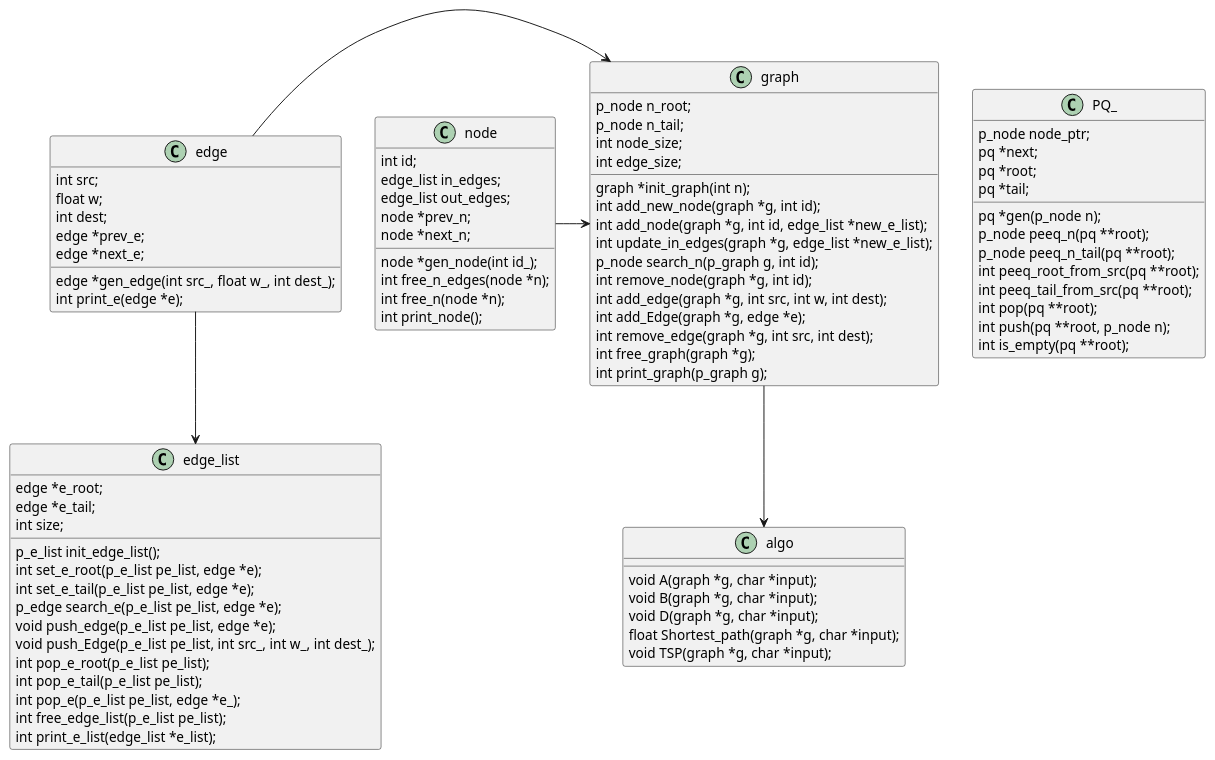
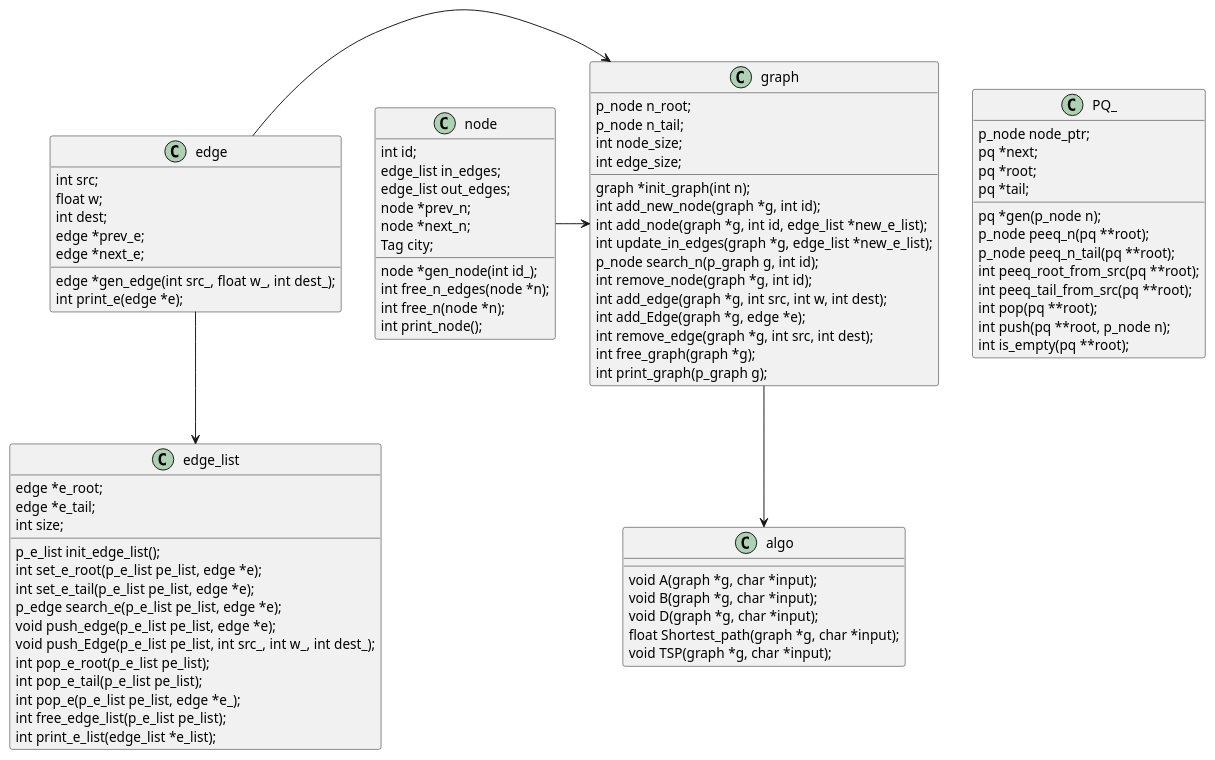
One commit to RF555/SofSys_Ex4 changed the diagram in Ex4_UML.puml. Above: the diagram before and after it, drawn with PlantUML. The commit also changed 5 other files, not shown here.

```diff
--- a/Ex4_UML.puml
+++ b/Ex4_UML.puml
@@ -1,106 +1,107 @@
 @startuml
 
 'graph -> edge_list
 'graph -> node_list
 'node_list --> node
 'edge_list --> edge
 'algo --> graph
 
 graph --> algo
 edge -> graph
 edge --> edge_list
 node -> graph
 
 
 class graph{
 p_node n_root;
 p_node n_tail;
 int node_size;
 int edge_size;
 graph *init_graph(int n);
 int add_new_node(graph *g, int id);
 int add_node(graph *g, int id, edge_list *new_e_list);
 int update_in_edges(graph *g, edge_list *new_e_list);
 p_node search_n(p_graph g, int id);
 int remove_node(graph *g, int id);
 int add_edge(graph *g, int src, int w, int dest);
 int add_Edge(graph *g, edge *e);
 int remove_edge(graph *g, int src, int dest);
 int free_graph(graph *g);
 int print_graph(p_graph g);
 }
 
 class edge{
 int src;
 float w;
 int dest;
 edge *prev_e;
 edge *next_e;
 edge *gen_edge(int src_, float w_, int dest_);
 int print_e(edge *e);
 }
 
 class node{
 int id;
 edge_list in_edges;
 edge_list out_edges;
 node *prev_n;
 node *next_n;
+Tag city;
 node *gen_node(int id_);
 int free_n_edges(node *n);
 int free_n(node *n);
 int print_node();
 }
 
 class algo{
 void A(graph *g, char *input);
 void B(graph *g, char *input);
 void D(graph *g, char *input);
 float Shortest_path(graph *g, char *input);
 void TSP(graph *g, char *input);
 }
 
 class edge_list{
 edge *e_root;
 edge *e_tail;
 int size;
 p_e_list init_edge_list();
 int set_e_root(p_e_list pe_list, edge *e);
 int set_e_tail(p_e_list pe_list, edge *e);
 p_edge search_e(p_e_list pe_list, edge *e);
 void push_edge(p_e_list pe_list, edge *e);
 void push_Edge(p_e_list pe_list, int src_, int w_, int dest_);
 int pop_e_root(p_e_list pe_list);
 int pop_e_tail(p_e_list pe_list);
 int pop_e(p_e_list pe_list, edge *e_);
 int free_edge_list(p_e_list pe_list);
 int print_e_list(edge_list *e_list);
 }
 
 class PQ_{
 p_node node_ptr;
 pq *next;
 pq *root;
 pq *tail;
 pq *gen(p_node n);
 p_node peeq_n(pq **root);
 p_node peeq_n_tail(pq **root);
 int peeq_root_from_src(pq **root);
 int peeq_tail_from_src(pq **root);
 int pop(pq **root);
 int push(pq **root, p_node n);
 int is_empty(pq **root);
 }
 'class ?node_list?{
 'node *n_root;
 'node *n_tail;
 'int size;
 'int init_node_list(node_list *n_list);
 'int set_n_root(node *n);
 'int set_n_tail(node *n);
 'int add_node(node_list *n_list, int id_);
 'int remove_node(node_list *n_list, int id_);
 'int free_node_list(node_list *n_list);
 '}
 
 @enduml
```
